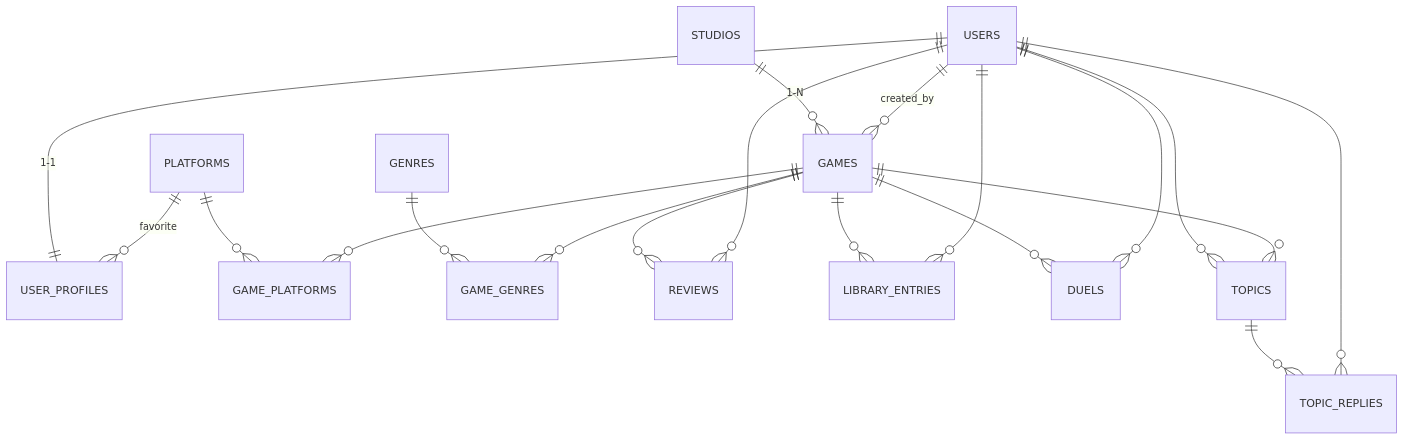
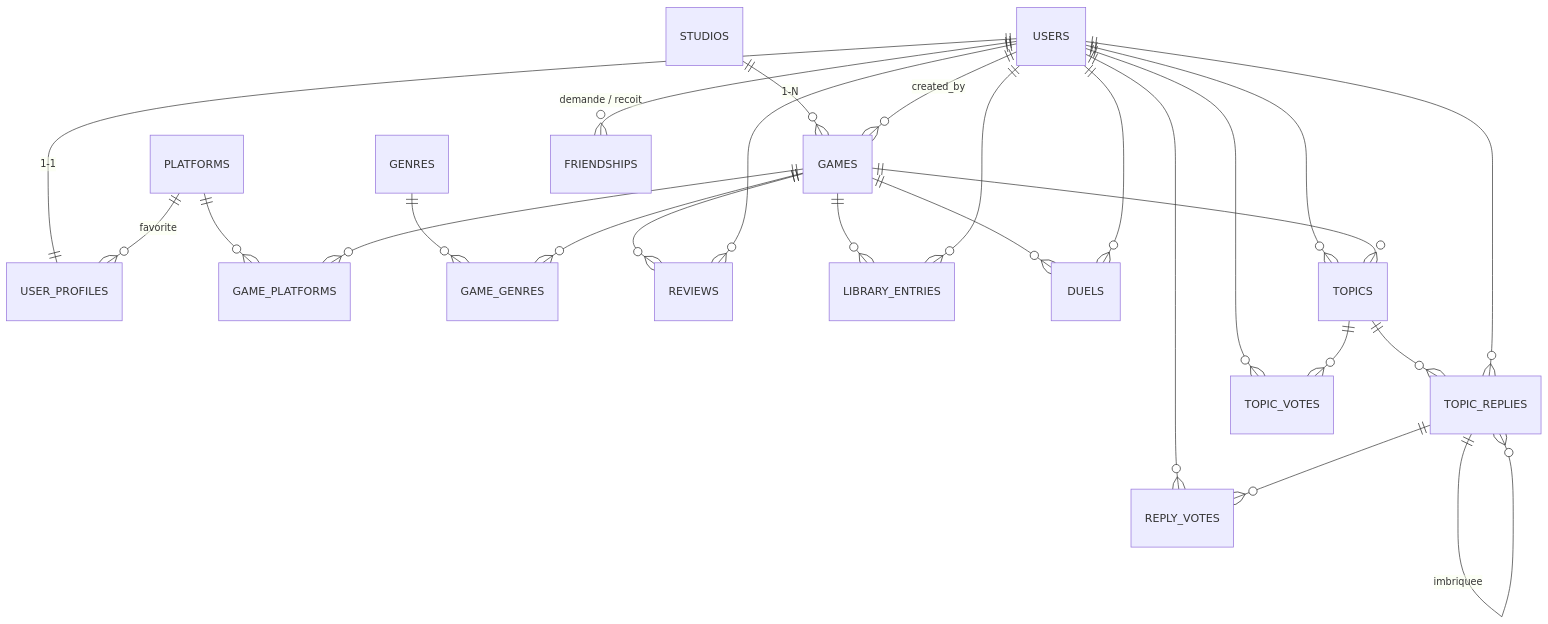
One commit to neorxprod/ludorivya changed the diagram in docs/SCHEMA_RELATIONNEL.md. Above: the diagram before and after it, drawn with Mermaid. The commit also changed other lines of this file and 39 other files, not shown here.

````diff
--- a/docs/SCHEMA_RELATIONNEL.md
+++ b/docs/SCHEMA_RELATIONNEL.md
@@ -11,21 +11,27 @@
 ```mermaid
 erDiagram
     STUDIOS   ||--o{ GAMES           : "1-N"
     USERS     ||--|| USER_PROFILES   : "1-1"
     USERS     ||--o{ GAMES           : "created_by"
     PLATFORMS ||--o{ USER_PROFILES   : "favorite"
     PLATFORMS ||--o{ GAME_PLATFORMS  : ""
     GAMES     ||--o{ GAME_PLATFORMS  : ""
     GENRES    ||--o{ GAME_GENRES     : ""
     GAMES     ||--o{ GAME_GENRES     : ""
     GAMES     ||--o{ REVIEWS         : ""
     USERS     ||--o{ REVIEWS         : ""
     GAMES     ||--o{ LIBRARY_ENTRIES : ""
     USERS     ||--o{ LIBRARY_ENTRIES : ""
     GAMES     ||--o{ DUELS           : ""
     USERS     ||--o{ DUELS           : ""
     USERS     ||--o{ TOPICS          : ""
     GAMES     ||--o{ TOPICS          : ""
     TOPICS    ||--o{ TOPIC_REPLIES   : ""
     USERS     ||--o{ TOPIC_REPLIES   : ""
+    TOPIC_REPLIES ||--o{ TOPIC_REPLIES : "imbriquee"
+    USERS     ||--o{ TOPIC_VOTES     : ""
+    TOPICS    ||--o{ TOPIC_VOTES     : ""
+    USERS     ||--o{ REPLY_VOTES     : ""
+    TOPIC_REPLIES ||--o{ REPLY_VOTES : ""
+    USERS     ||--o{ FRIENDSHIPS     : "demande / recoit"
 ```
````
